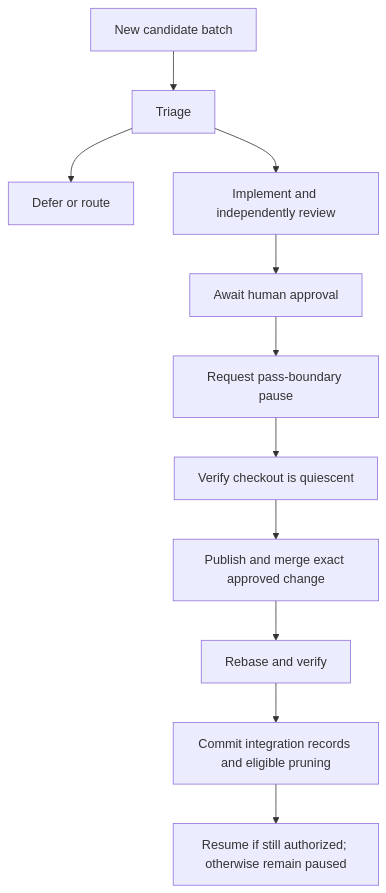
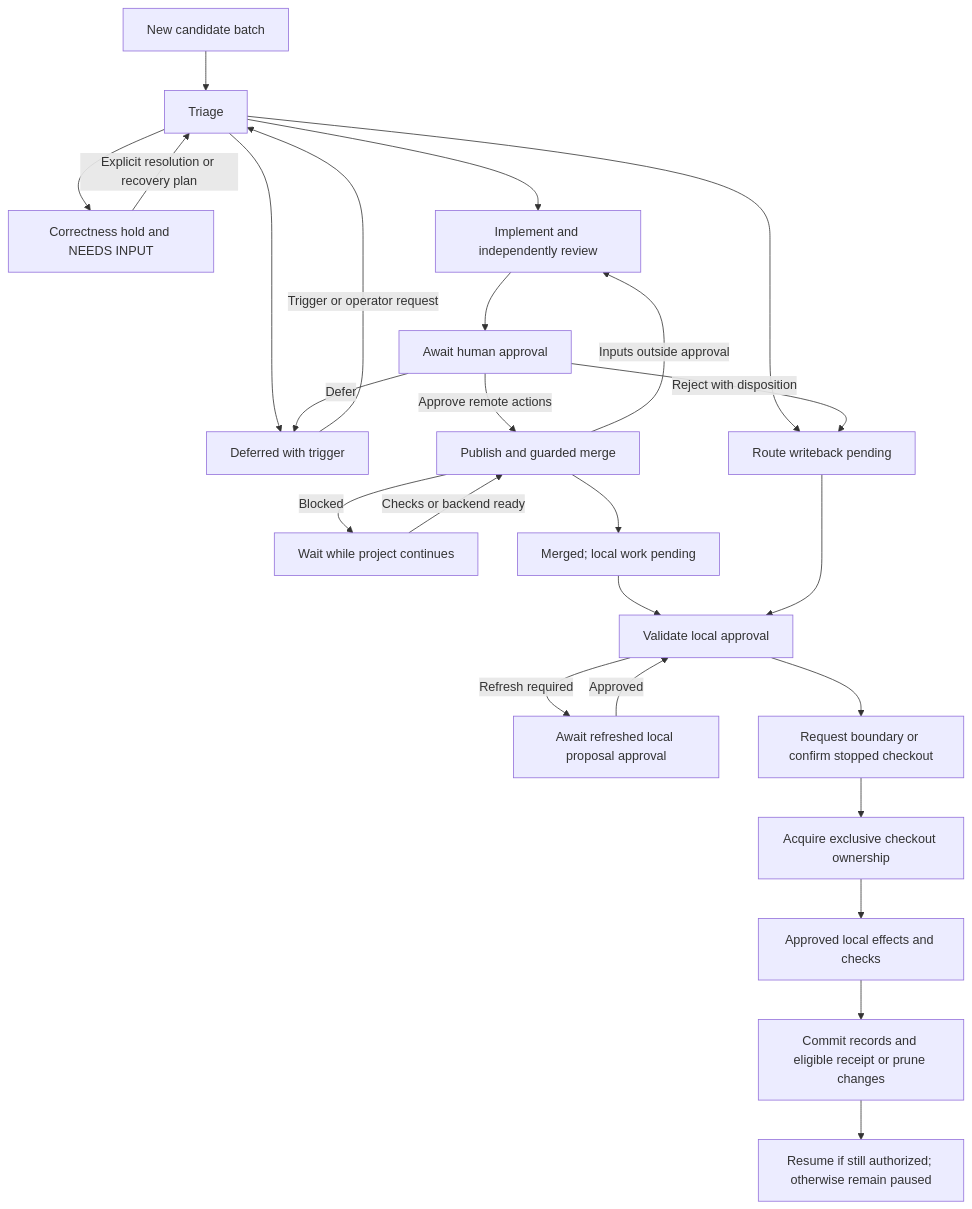
One commit to khansen/nesrev changed the diagram in PROCESS_FRICTION_MONITOR_SPEC.md. Above: the diagram before and after it, drawn with Mermaid. The commit also changed other lines of this file, not shown here.

````diff
--- a/PROCESS_FRICTION_MONITOR_SPEC.md
+++ b/PROCESS_FRICTION_MONITOR_SPEC.md
@@ -237,13 +325,27 @@
 ```mermaid
 flowchart TD
     queued[New candidate batch] --> triage[Triage]
-    triage --> deferred[Defer or route]
+    triage --> deferred[Deferred with trigger]
+    deferred -->|Trigger or operator request| triage
+    triage --> hold[Correctness hold and NEEDS INPUT]
+    hold -->|Explicit resolution or recovery plan| triage
+    triage --> route[Route writeback pending]
     triage --> prepare[Implement and independently review]
     prepare --> approval[Await human approval]
-    approval --> pause[Request pass-boundary pause]
-    pause --> quiet[Verify checkout is quiescent]
-    quiet --> merge[Publish and merge exact approved change]
-    merge --> integrate[Rebase and verify]
-    integrate --> record[Commit integration records and eligible pruning]
+    approval -->|Defer| deferred
+    approval -->|Reject with disposition| route
+    approval -->|Approve remote actions| merge[Publish and guarded merge]
+    merge -->|Blocked| remote_wait[Wait while project continues]
+    remote_wait -->|Checks or backend ready| merge
+    merge -->|Inputs outside approval| prepare
+    merge --> merged[Merged; local work pending]
+    merged --> local_approval[Validate local approval]
+    route --> local_approval
+    local_approval -->|Refresh required| local_proposal[Await refreshed local proposal approval]
+    local_proposal -->|Approved| local_approval
+    local_approval --> pause[Request boundary or confirm stopped checkout]
+    pause --> quiet[Acquire exclusive checkout ownership]
+    quiet --> integrate[Approved local effects and checks]
+    integrate --> record[Commit records and eligible receipt or prune changes]
     record --> decision[Resume if still authorized; otherwise remain paused]
 ```
````
